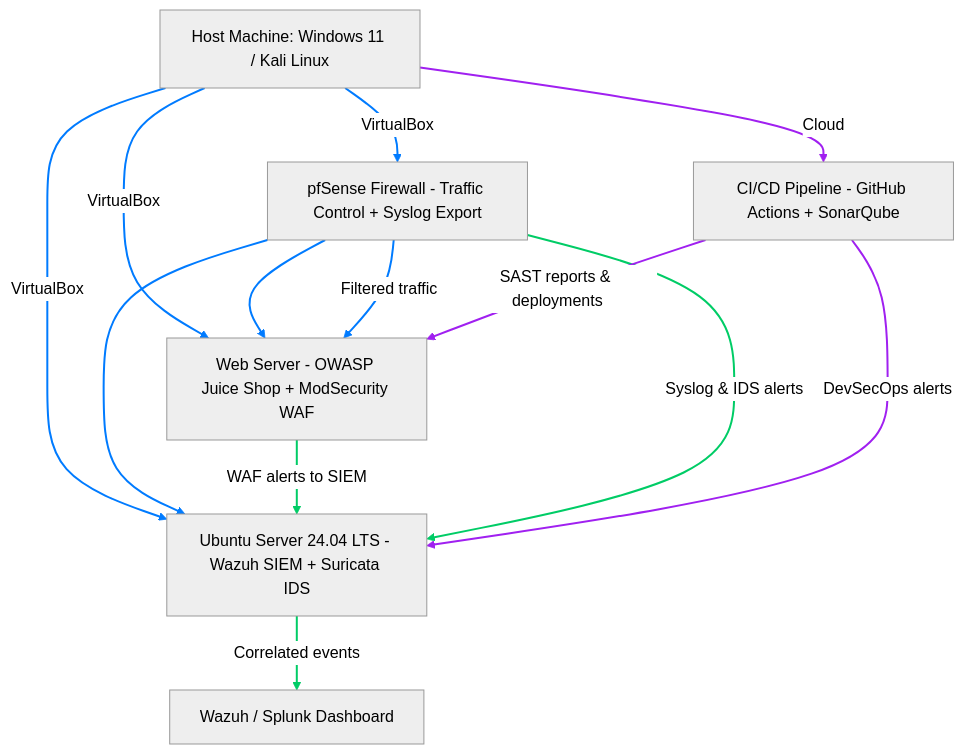
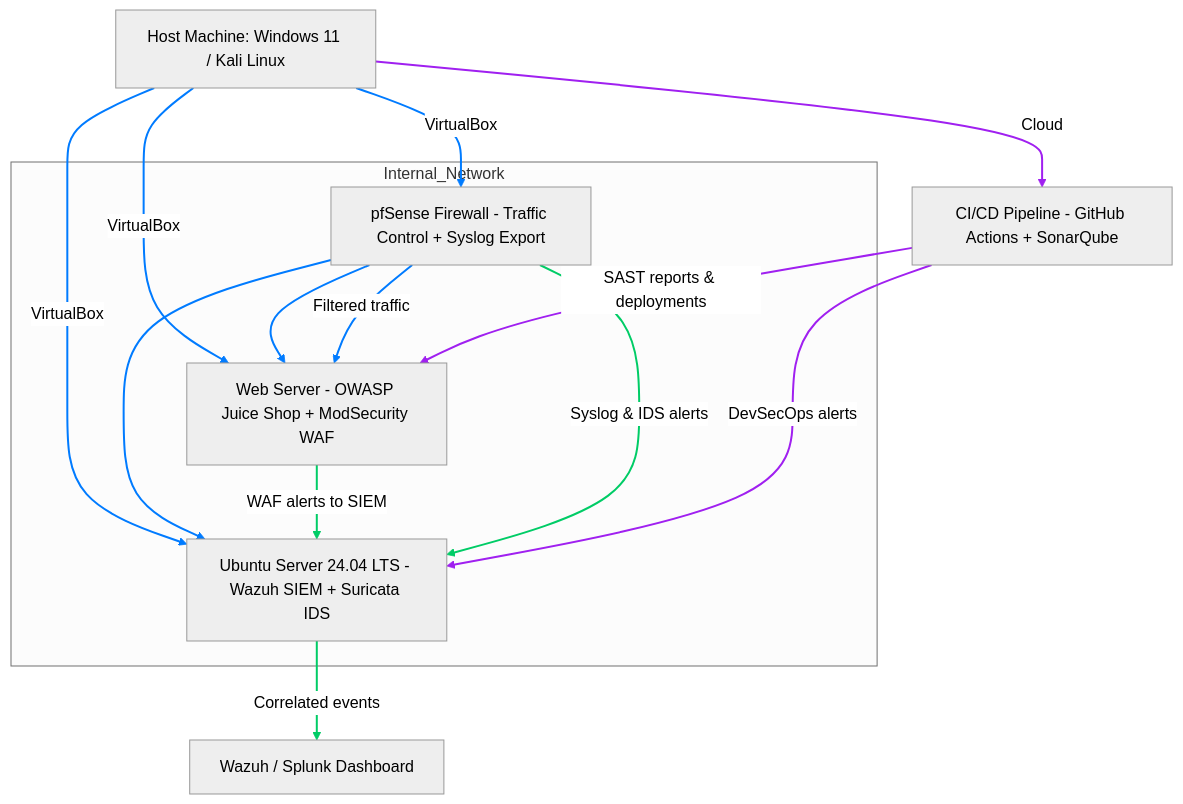
The third of 4 diagrams in README.md (0xabhiudya/My-Cybersecurity-Portfolio), drawn with Mermaid (neutral theme) before and after one commit. The commit also changed other lines of this file, not shown here.

First line of the commit message:
Document architecture evolution phases in README

````diff
--- a/README.md
+++ b/README.md
@@ -123,31 +192,33 @@
 ```mermaid
 graph TD
     A[Host Machine: Windows 11 / Kali Linux] -->|VirtualBox| B[Ubuntu Server 24.04 LTS - Wazuh SIEM + Suricata IDS]
     A -->|VirtualBox| F[pfSense Firewall - Traffic Control + Syslog Export]
     A -->|VirtualBox| G[Web Server - OWASP Juice Shop + ModSecurity WAF]
     A -->|Cloud| H[CI/CD Pipeline - GitHub Actions + SonarQube]
 
+    subgraph Internal_Network
     F --> B
     F --> G
+    end
 
     F -->|Filtered traffic| G
     G -->|WAF alerts to SIEM| B
     F -->|Syslog & IDS alerts| B
     H -->|SAST reports & deployments| G
     H -->|DevSecOps alerts| B
     B -->|Correlated events| E[Wazuh / Splunk Dashboard]
 
     linkStyle 0 stroke:#007bff,stroke-width:2px;
     linkStyle 1 stroke:#007bff,stroke-width:2px;
     linkStyle 2 stroke:#007bff,stroke-width:2px;
     linkStyle 3 stroke:#a020f0,stroke-width:2px;
     linkStyle 4 stroke:#007bff,stroke-width:2px;
     linkStyle 5 stroke:#007bff,stroke-width:2px;
     linkStyle 6 stroke:#007bff,stroke-width:2px;
     linkStyle 7 stroke:#00cc66,stroke-width:2px;
     linkStyle 8 stroke:#00cc66,stroke-width:2px;
     linkStyle 9 stroke:#a020f0,stroke-width:2px;
     linkStyle 10 stroke:#a020f0,stroke-width:2px;
     linkStyle 11 stroke:#00cc66,stroke-width:2px;
 
 ```
````
